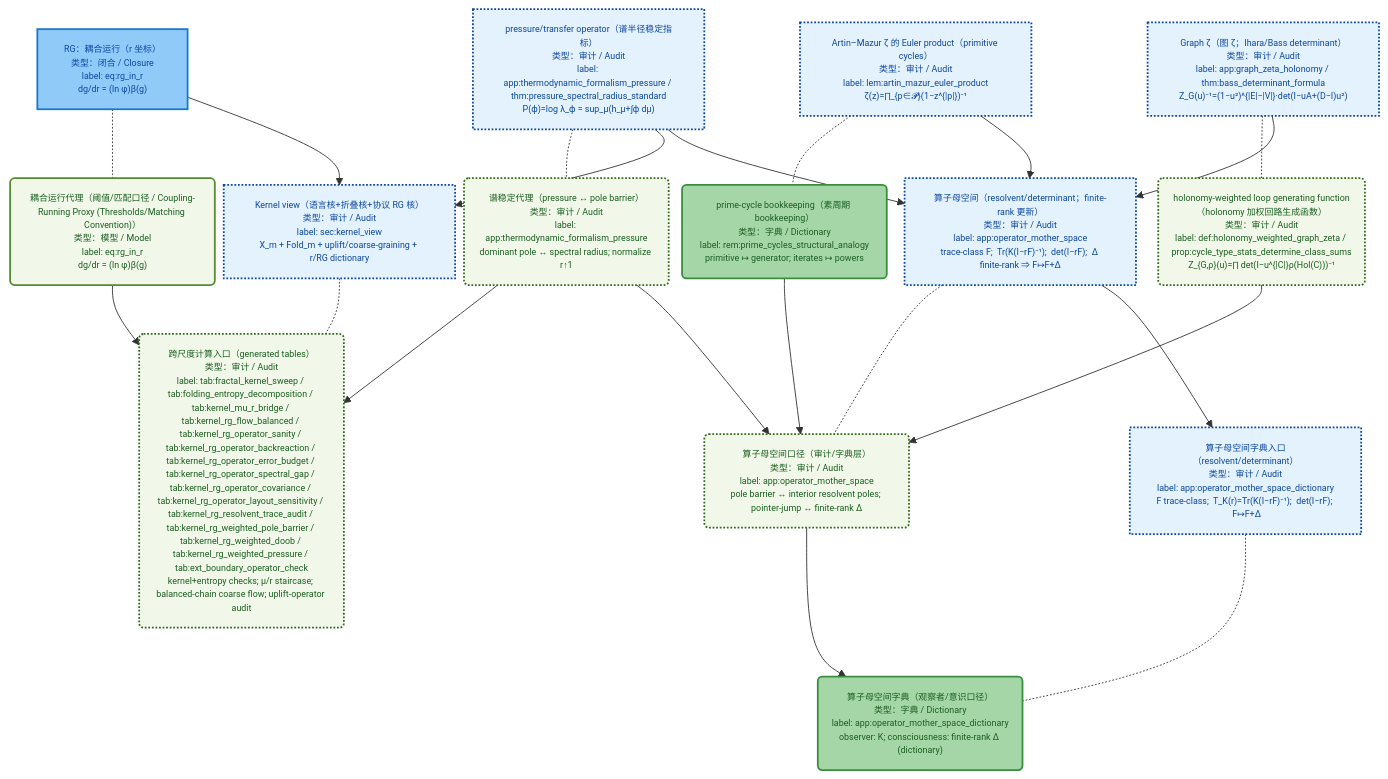
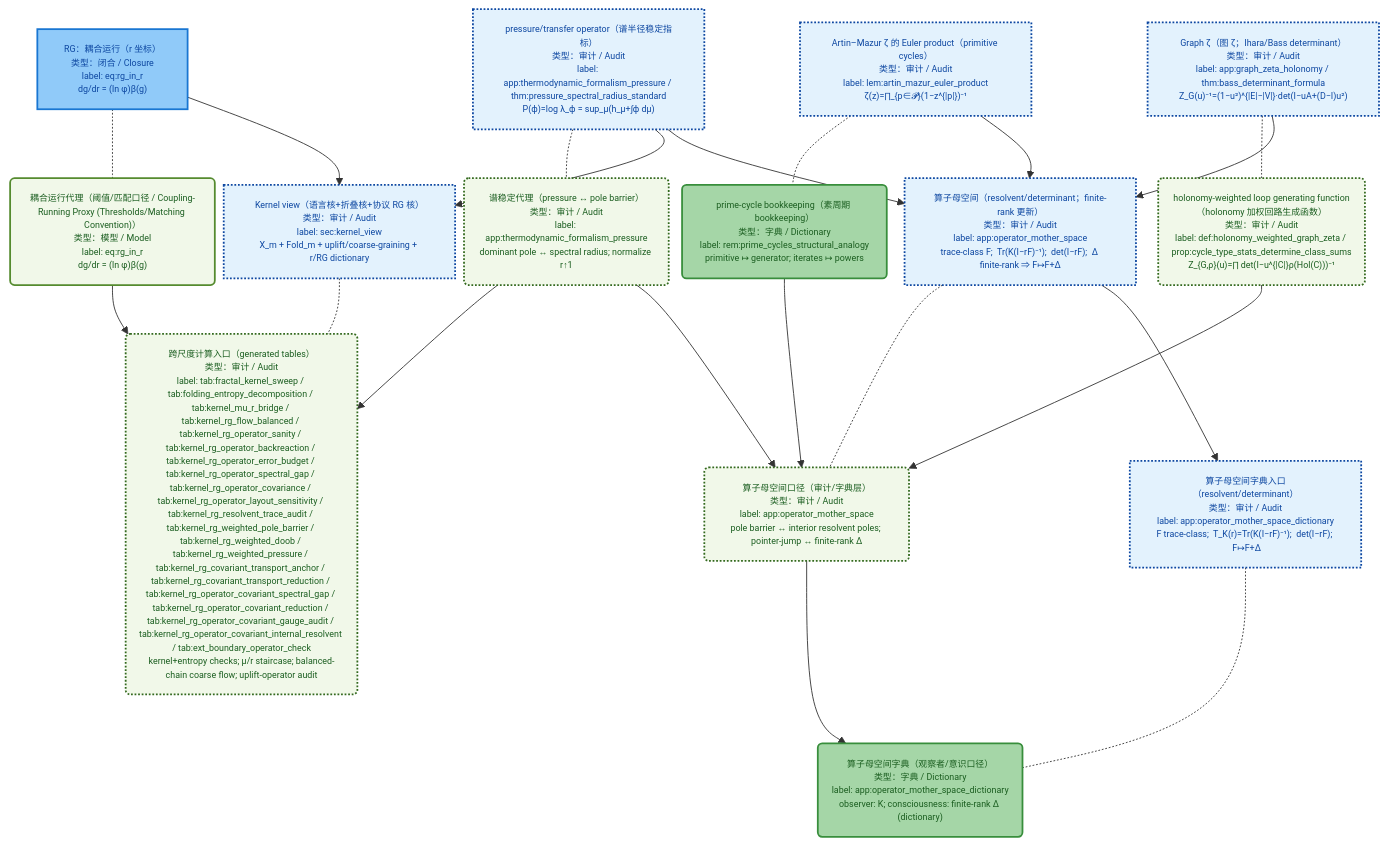
The ninth of 12 diagrams in docs/papers/2025_z128_standard_model_stable_sector_hpa_omega/architecture_dag.md (loning/the-omega), drawn with Mermaid before and after one commit. The commit also changed other lines of this file and 19 other files, not shown here.

First line of the commit message:
Enhance covariant RG operator framework with new audits and documentation

````diff
--- a/docs/papers/2025_z128_standard_model_stable_sector_hpa_omega/architecture_dag.md
+++ b/docs/papers/2025_z128_standard_model_stable_sector_hpa_omega/architecture_dag.md
@@ -1157,76 +1157,76 @@
 ```mermaid
 %%{init: {"maxTextSize": 100000, "flowchart": {"useMaxWidth": false, "nodeSpacing": 10, "rankSpacing": 55}, "themeVariables": {"fontSize": "10px"}}}%%
 flowchart TB
 
   %% === Core hubs ===
   M_kernel_view["Kernel view（语言核+折叠核+协议 RG 核）<br/>类型：审计 / Audit<br/>label: sec:kernel_view<br/>X_m + Fold_m + uplift/coarse-graining + r/RG dictionary"]
-  P_kernel_view("跨尺度计算入口（generated tables）<br/>类型：审计 / Audit<br/>label: tab:fractal_kernel_sweep / tab:folding_entropy_decomposition / tab:kernel_mu_r_bridge / tab:kernel_rg_flow_balanced / tab:kernel_rg_operator_sanity / tab:kernel_rg_operator_backreaction / tab:kernel_rg_operator_error_budget / tab:kernel_rg_operator_spectral_gap / tab:kernel_rg_operator_covariance / tab:kernel_rg_operator_layout_sensitivity / tab:kernel_rg_resolvent_trace_audit / tab:kernel_rg_weighted_pole_barrier / tab:kernel_rg_weighted_doob / tab:kernel_rg_weighted_pressure / tab:ext_boundary_operator_check<br/>kernel+entropy checks; μ/r staircase; balanced-chain coarse flow; uplift-operator audit")
+  P_kernel_view("跨尺度计算入口（generated tables）<br/>类型：审计 / Audit<br/>label: tab:fractal_kernel_sweep / tab:folding_entropy_decomposition / tab:kernel_mu_r_bridge / tab:kernel_rg_flow_balanced / tab:kernel_rg_operator_sanity / tab:kernel_rg_operator_backreaction / tab:kernel_rg_operator_error_budget / tab:kernel_rg_operator_spectral_gap / tab:kernel_rg_operator_covariance / tab:kernel_rg_operator_layout_sensitivity / tab:kernel_rg_resolvent_trace_audit / tab:kernel_rg_weighted_pole_barrier / tab:kernel_rg_weighted_doob / tab:kernel_rg_weighted_pressure / tab:kernel_rg_covariant_transport_anchor / tab:kernel_rg_covariant_transport_reduction / tab:kernel_rg_operator_covariant_spectral_gap / tab:kernel_rg_operator_covariant_reduction / tab:kernel_rg_operator_covariant_gauge_audit / tab:kernel_rg_operator_covariant_internal_resolvent / tab:ext_boundary_operator_check<br/>kernel+entropy checks; μ/r staircase; balanced-chain coarse flow; uplift-operator audit")
   M_kernel_view -.- P_kernel_view
 
   M_operator_mother["算子母空间（resolvent/determinant；finite-rank 更新）<br/>类型：审计 / Audit<br/>label: app:operator_mother_space<br/>trace-class F;  Tr(K(I−rF)⁻¹);  det(I−rF);  Δ finite-rank ⇒ F↦F+Δ"]
   P_operator_mother("算子母空间口径（审计/字典层）<br/>类型：审计 / Audit<br/>label: app:operator_mother_space<br/>pole barrier ↔ interior resolvent poles; pointer-jump ↔ finite-rank Δ")
   M_operator_mother -.- P_operator_mother
 
   %% === Shared upstream bridge (minimal) ===
   M_pressure["pressure/transfer operator（谱半径稳定指标）<br/>类型：审计 / Audit<br/>label: app:thermodynamic_formalism_pressure / thm:pressure_spectral_radius_standard<br/>P(ϕ)=log λ_ϕ = sup_μ(h_μ+∫ϕ dμ)"]
   P_pressure("谱稳定代理（pressure ↔ pole barrier）<br/>类型：审计 / Audit<br/>label: app:thermodynamic_formalism_pressure<br/>dominant pole ↔ spectral radius; normalize r↑1")
   M_pressure -.- P_pressure
 
   M_rg["RG：耦合运行（r 坐标）<br/>类型：闭合 / Closure<br/>label: eq:rg_in_r<br/>dg/dr = (ln φ)β(g)"]
   P_rg("耦合运行代理（阈值/匹配口径 / Coupling-Running Proxy (Thresholds/Matching Convention)）<br/>类型：模型 / Model<br/>label: eq:rg_in_r<br/>dg/dr = (ln φ)β(g)")
   M_rg -.- P_rg
 
   M_am_euler["Artin–Mazur ζ 的 Euler product（primitive cycles）<br/>类型：审计 / Audit<br/>label: lem:artin_mazur_euler_product<br/>ζ(z)=∏_{p∈𝓟}(1−z^{|p|})⁻¹"]
   P_am_euler("prime-cycle bookkeeping（素周期 bookkeeping）<br/>类型：字典 / Dictionary<br/>label: rem:prime_cycles_structural_analogy<br/>primitive ↦ generator; iterates ↦ powers")
   M_am_euler -.- P_am_euler
 
   M_graphzeta["Graph ζ（图 ζ；Ihara/Bass determinant）<br/>类型：审计 / Audit<br/>label: app:graph_zeta_holonomy / thm:bass_determinant_formula<br/>Z_G(u)⁻¹=(1−u²)^{|E|−|V|}·det(I−uA+(D−I)u²)"]
   P_graphzeta("holonomy-weighted loop generating function（holonomy 加权回路生成函数）<br/>类型：审计 / Audit<br/>label: def:holonomy_weighted_graph_zeta / prop:cycle_type_stats_determine_class_sums<br/>Z_{G,ρ}(u)=∏ det(I−u^{|C|}ρ(Hol(C)))⁻¹")
   M_graphzeta -.- P_graphzeta
 
   %% === Wiring: pressure is the shared bridge; kernel view also consumes RG; mother space consumes prime-cycle/graph-ζ ===
   M_rg --> M_kernel_view
   P_rg --> P_kernel_view
 
   M_pressure --> M_kernel_view
   P_pressure --> P_kernel_view
 
   M_pressure --> M_operator_mother
   P_pressure --> P_operator_mother
 
   M_am_euler --> M_operator_mother
   P_am_euler --> P_operator_mother
 
   M_graphzeta --> M_operator_mother
   P_graphzeta --> P_operator_mother
 
   %% === Optional dictionary entry (kept compact): mother space viewpoint in equivalence semantics layer ===
   M_opMotherDict["算子母空间字典入口（resolvent/determinant）<br/>类型：审计 / Audit<br/>label: app:operator_mother_space_dictionary<br/>F trace-class;  T_K(r)=Tr(K(I−rF)⁻¹);  det(I−rF);  F↦F+Δ"]
   P_opMotherDict("算子母空间字典（观察者/意识口径）<br/>类型：字典 / Dictionary<br/>label: app:operator_mother_space_dictionary<br/>observer: K; consciousness: finite-rank Δ (dictionary)")
   M_opMotherDict -.- P_opMotherDict
 
   M_operator_mother --> M_opMotherDict
   P_operator_mother --> P_opMotherDict
 
   classDef iface fill:#FCE4EC,stroke:#D81B60,color:#880E4F,stroke-width:2px;
   classDef open_problem fill:#FFEBEE,stroke:#C62828,color:#B71C1C,stroke-width:2px,font-weight:700;
   classDef not_closed fill:#FFF3E0,stroke:#EF6C00,color:#E65100,stroke-width:2px;
   classDef scope_gap fill:#EEEEEE,stroke:#616161,color:#212121,stroke-width:2px,stroke-dasharray: 2 2;
   classDef math_axiom fill:#BBDEFB,stroke:#1565C0,color:#0D47A1,stroke-width:3px,font-weight:700;
   classDef math_construct fill:#E3F2FD,stroke:#1E88E5,color:#0D47A1,stroke-width:2px;
   classDef math_closure fill:#90CAF9,stroke:#1976D2,color:#0D47A1,stroke-width:2px;
   classDef math_cont fill:#E1F5FE,stroke:#039BE5,color:#01579B,stroke-width:2px;
   classDef math_assumption fill:#E3F2FD,stroke:#1E88E5,color:#0D47A1,stroke-width:2px,stroke-dasharray: 6 3;
   classDef math_audit fill:#E3F2FD,stroke:#0D47A1,color:#0D47A1,stroke-width:2px,stroke-dasharray: 2 2;
   classDef phys_proxy fill:#E8F5E9,stroke:#43A047,color:#1B5E20,stroke-width:2px;
   classDef phys_obs fill:#C8E6C9,stroke:#2E7D32,color:#1B5E20,stroke-width:2px,font-weight:700;
   classDef phys_dict fill:#A5D6A7,stroke:#388E3C,color:#1B5E20,stroke-width:2px;
   classDef phys_model fill:#F1F8E9,stroke:#558B2F,color:#1B5E20,stroke-width:2px;
   classDef phys_audit fill:#F1F8E9,stroke:#33691E,color:#1B5E20,stroke-width:2px,stroke-dasharray: 2 2;
 
   class M_kernel_view,M_operator_mother,M_opMotherDict,M_pressure,M_am_euler,M_graphzeta math_audit;
   class M_rg math_closure;
   class P_kernel_view,P_operator_mother,P_pressure,P_graphzeta phys_audit;
   class P_rg phys_model;
   class P_am_euler,P_opMotherDict phys_dict;
 ```
````
